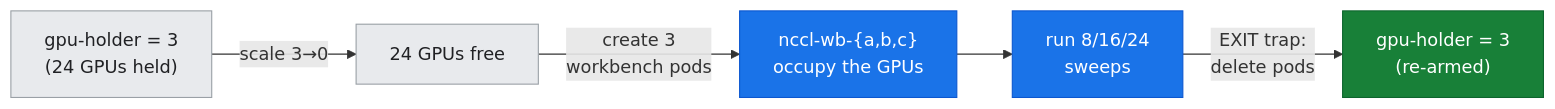
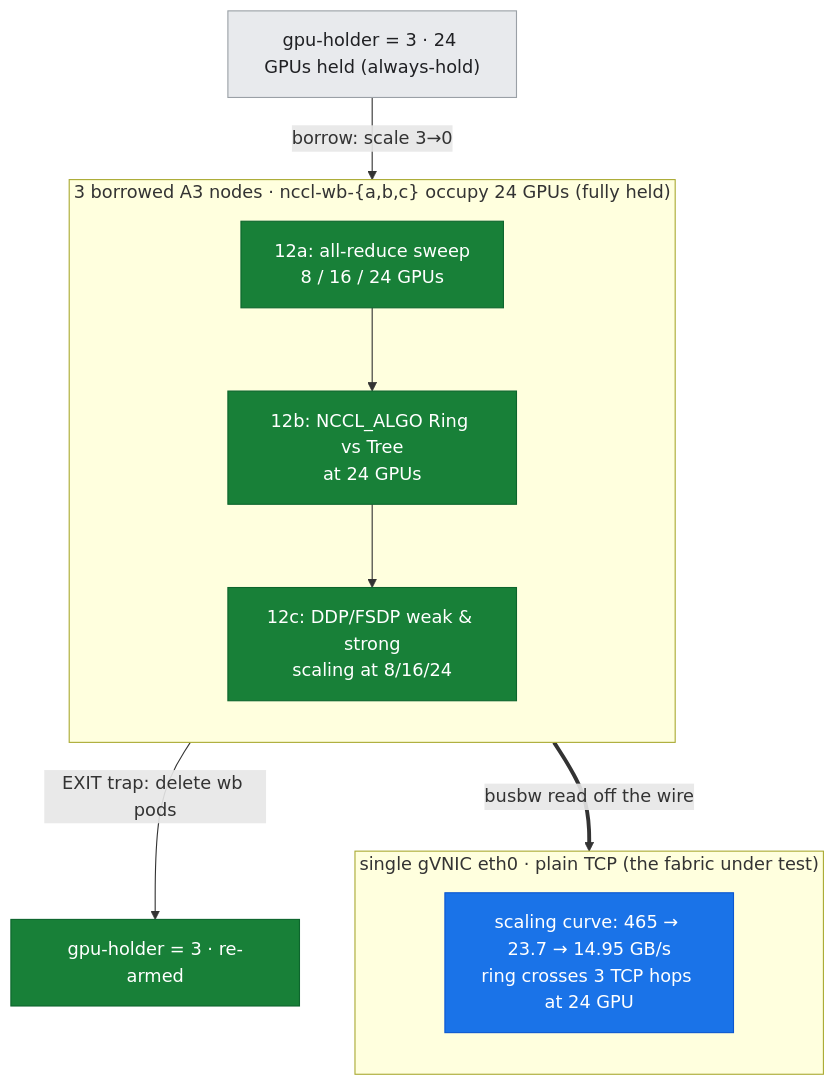
Before and after one commit to elideng-sg/hypercomputer-internode-deepdive: the second of 4 diagrams in labs/lab-12-scaling-sweep/README.md, drawn with Mermaid. The commit also changed other lines of this file and 19 other files, not shown here.

First line of the commit message:
Diagrams: env-overview + combined step-flow across all 20 remaining labs

````diff
--- a/labs/lab-12-scaling-sweep/README.md
+++ b/labs/lab-12-scaling-sweep/README.md
@@ -41,14 +69,22 @@
 ```mermaid
-flowchart LR
-  H0["gpu-holder = 3<br/>(24 GPUs held)"] -->|"scale 3→0"| F["24 GPUs free"]
-  F -->|"create 3<br/>workbench pods"| W["nccl-wb-{a,b,c}<br/>occupy the GPUs"]
-  W --> S["run 8/16/24<br/>sweeps"]
-  S -->|"EXIT trap:<br/>delete pods"| R["gpu-holder = 3<br/>(re-armed)"]
+flowchart TB
+  H0["gpu-holder = 3 · 24 GPUs held (always-hold)"] -->|"borrow: scale 3→0"| S1
+  subgraph POOL["3 borrowed A3 nodes · nccl-wb-{a,b,c} occupy 24 GPUs (fully held)"]
+    direction TB
+    S1["12a: all-reduce sweep<br/>8 / 16 / 24 GPUs"]
+    S2["12b: NCCL_ALGO Ring vs Tree<br/>at 24 GPUs"]
+    S3["12c: DDP/FSDP weak & strong<br/>scaling at 8/16/24"]
+    S1 --> S2 --> S3
+  end
+  subgraph FABZ["single gVNIC eth0 · plain TCP (the fabric under test)"]
+    direction TB
+    C["scaling curve: 465 → 23.7 → 14.95 GB/s<br/>ring crosses 3 TCP hops at 24 GPU"]
+  end
+  S1 ==>|"busbw read off the wire"| C
+  S3 -->|"EXIT trap: delete wb pods"| R["gpu-holder = 3 · re-armed"]
+  classDef meas fill:#1a73e8,stroke:#0b57d0,color:#ffffff;
   classDef ctx fill:#e8eaed,stroke:#9aa0a6,color:#202124;
-  classDef accent fill:#f9ab00,stroke:#b06000,color:#202124;
-  classDef meas fill:#1a73e8,stroke:#0b57d0,color:#ffffff;
   classDef good fill:#188038,stroke:#0d652d,color:#ffffff;
-  class H0,F ctx;
-  class W,S meas;
-  class R good;
+  classDef crit fill:#c5221f,stroke:#7a161c,color:#ffffff;
+  class H0 ctx; class S1,S2,S3 good; class C meas; class R good;
 ```
````
